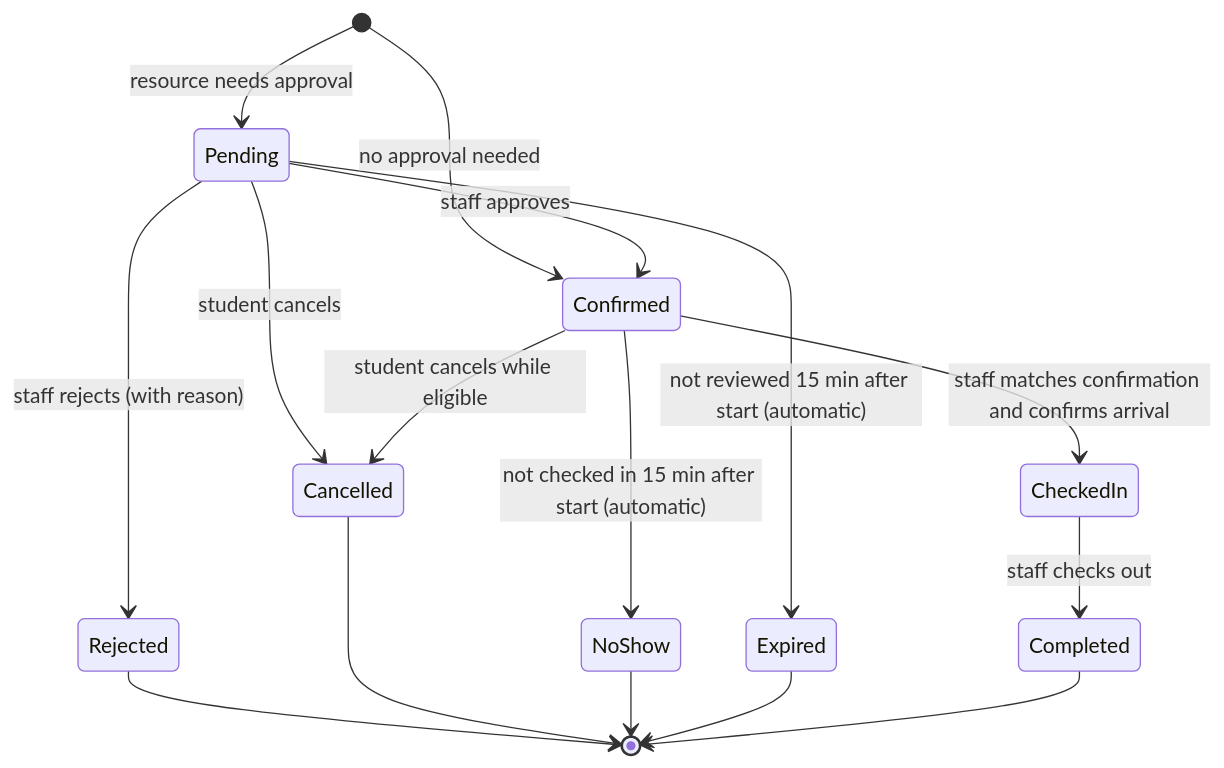
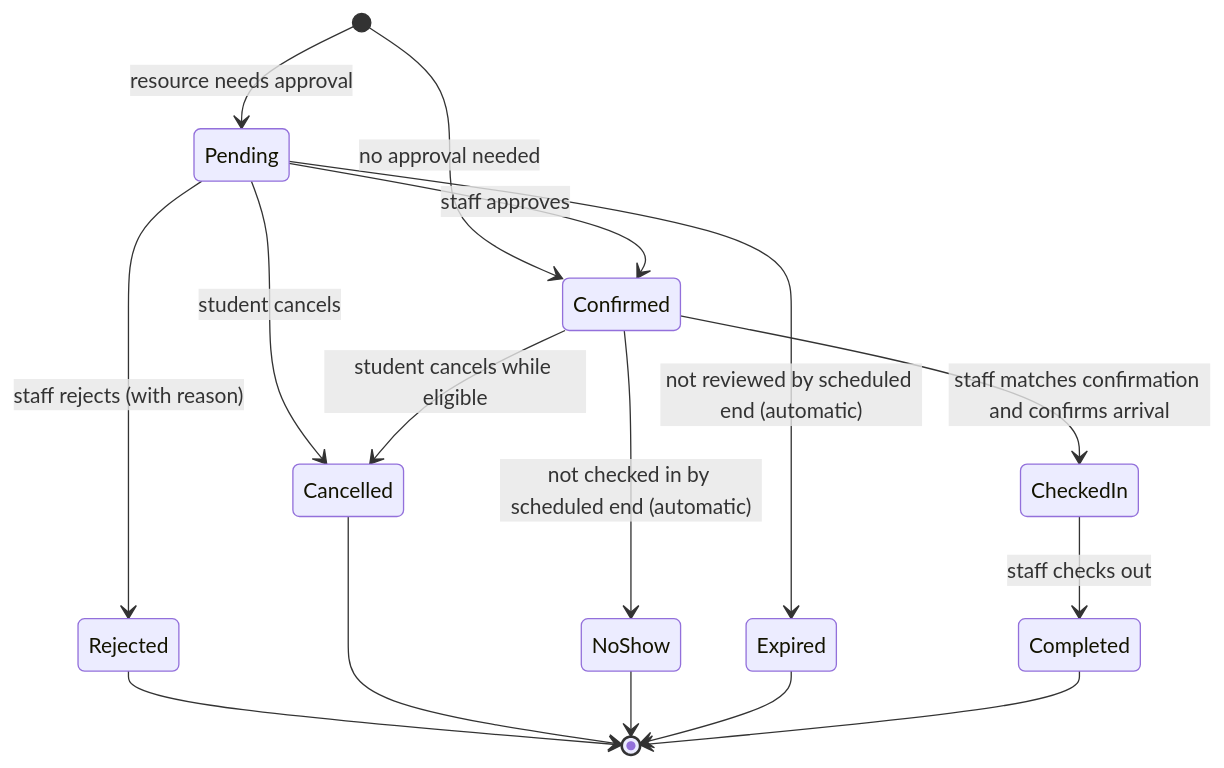
The second of 3 diagrams in docs/presentation/1-system-overview.md (Nam-Antoine/campus-resource-booking), drawn with Mermaid before and after one commit. The commit also changed other lines of this file and 37 other files, not shown here.

````diff
--- a/docs/presentation/1-system-overview.md
+++ b/docs/presentation/1-system-overview.md
@@ -71,18 +71,18 @@
 ```mermaid
 stateDiagram-v2
     [*] --> Pending: resource needs approval
     [*] --> Confirmed: no approval needed
     Pending --> Confirmed: staff approves
     Pending --> Rejected: staff rejects (with reason)
     Pending --> Cancelled: student cancels
-    Pending --> Expired: not reviewed 15 min after start (automatic)
+    Pending --> Expired: not reviewed by scheduled end (automatic)
     Confirmed --> Cancelled: student cancels while eligible
     Confirmed --> CheckedIn: staff matches confirmation and confirms arrival
-    Confirmed --> NoShow: not checked in 15 min after start (automatic)
+    Confirmed --> NoShow: not checked in by scheduled end (automatic)
     CheckedIn --> Completed: staff checks out
     Rejected --> [*]
     Cancelled --> [*]
     NoShow --> [*]
     Expired --> [*]
     Completed --> [*]
 ```
````
